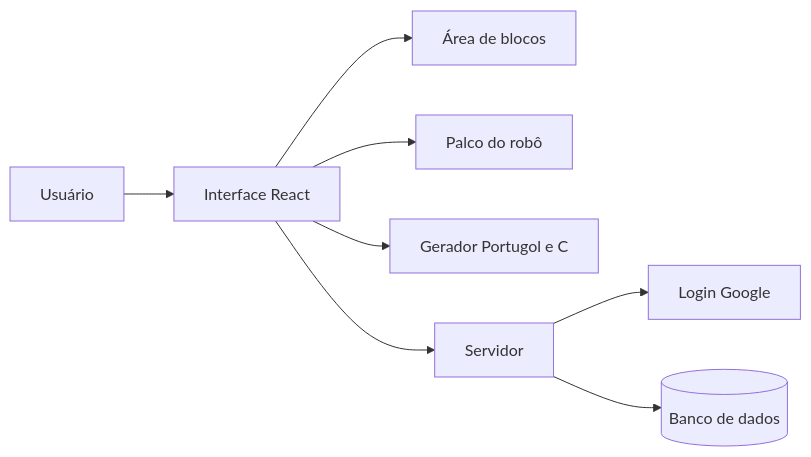
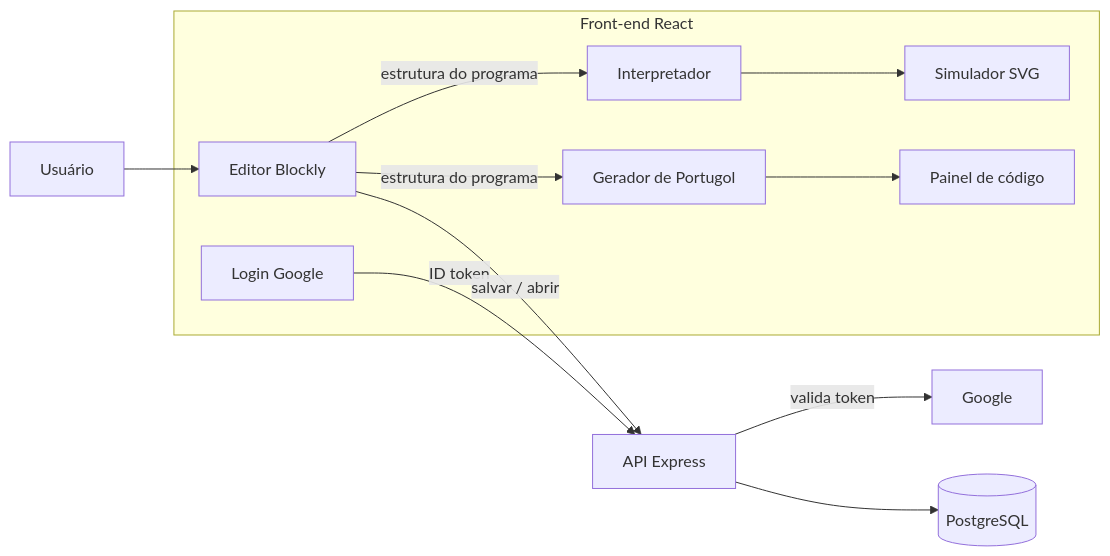
The diagram in docs/arquitetura.md (mariaferleal/Projeto-oficina2), drawn with Mermaid before and after one commit. The commit also changed other lines of this file and 4 other files, not shown here.

````diff
--- a/docs/arquitetura.md
+++ b/docs/arquitetura.md
@@ -5,10 +9,15 @@
 ```mermaid
 flowchart LR
-    U[Usuário] --> F[Interface React]
-    F --> B[Área de blocos]
-    F --> R[Palco do robô]
-    F --> G[Gerador Portugol e C]
-    F --> S[Servidor]
-    S --> A[Login Google]
-    S --> D[(Banco de dados)]
+    U[Usuário] --> E[Editor Blockly]
+    subgraph Front-end React
+        E -->|estrutura do programa| I[Interpretador]
+        E -->|estrutura do programa| G[Gerador de Portugol]
+        I --> S[Simulador SVG]
+        G --> P[Painel de código]
+        L[Login Google]
+    end
+    L -->|ID token| API[API Express]
+    E -->|salvar / abrir| API
+    API -->|valida token| GO[Google]
+    API --> DB[(PostgreSQL)]
 ```
````
